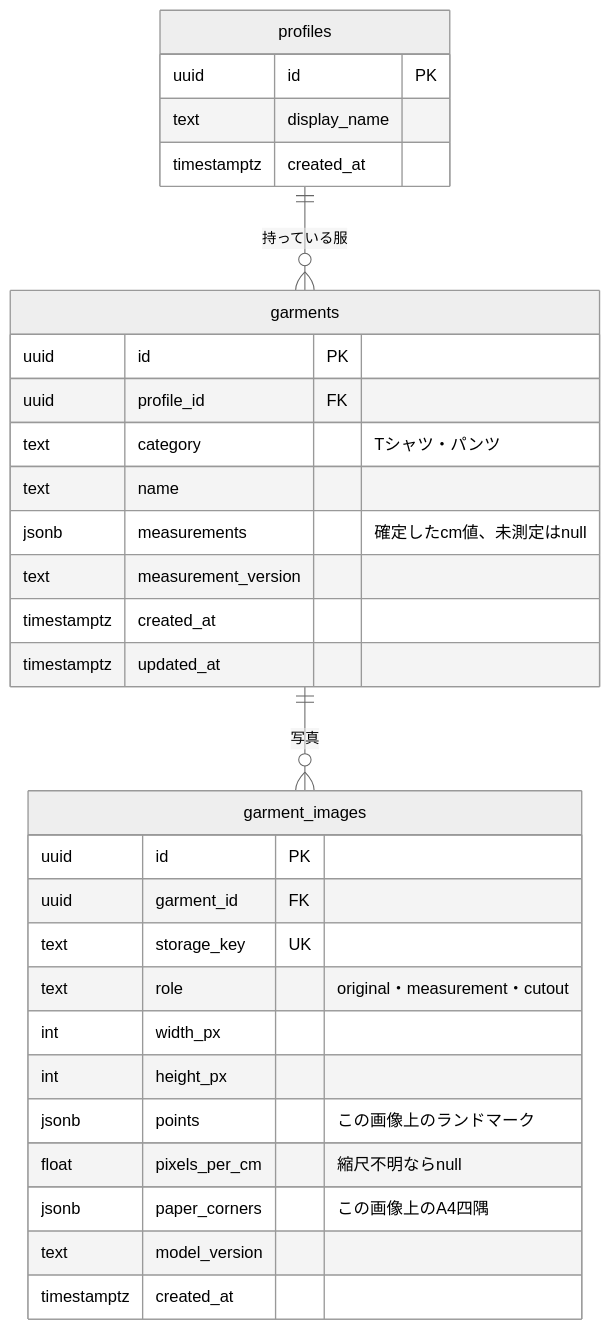
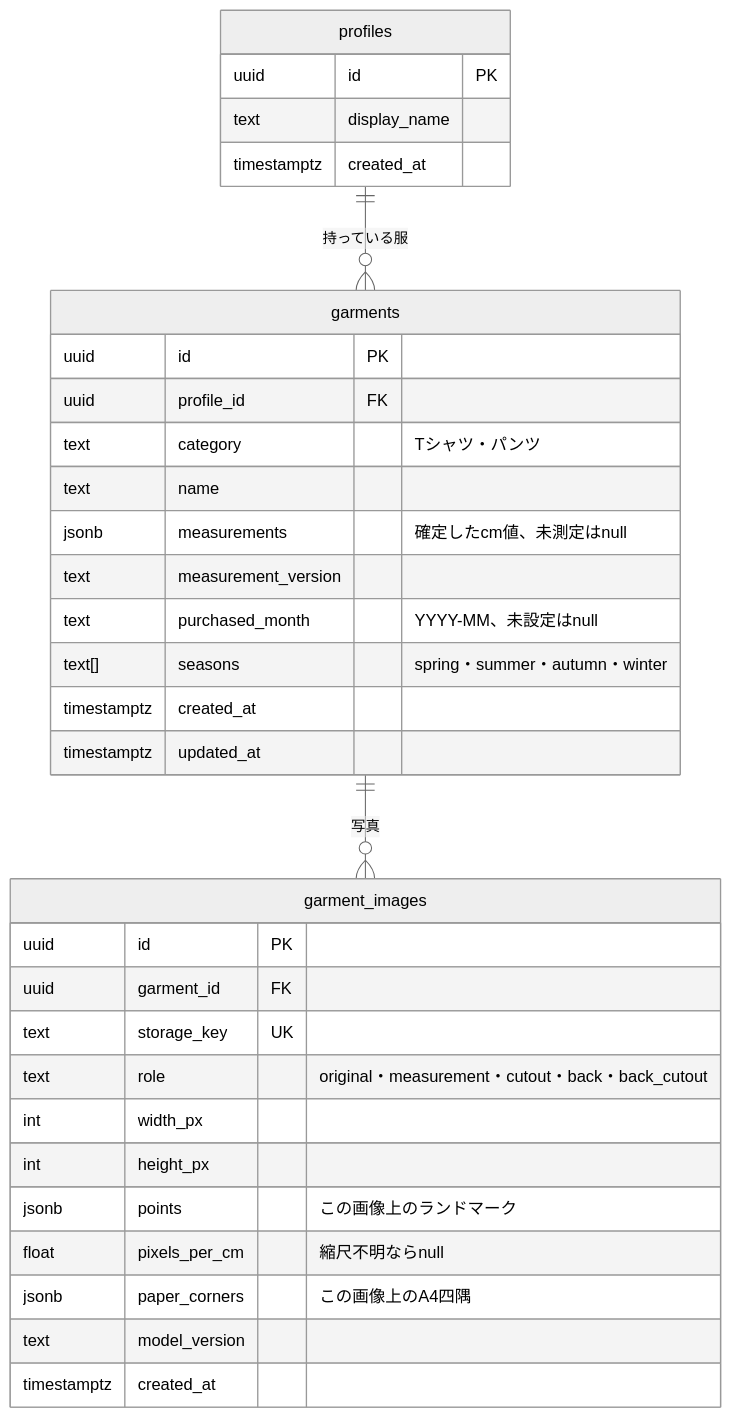
One commit to jphacks/tka_2617 changed the diagram in docs/er.md. Above: the diagram before and after it, drawn with Mermaid (neutral theme). The commit also changed other lines of this file and 1 other file, not shown here.

Commit message:
feat(db): 服の裏面の写真のroleと、購入時期・季節の列を足す
- garment_imagesのroleにback・back_cutoutを加える。裏面は表とは別のroleで持ち、一覧には出さない
- garmentsに購入時期（年月のみのpurchased_month）と着る季節（seasons）を加える
- ER図に新しい列とroleを反映する

````diff
--- a/docs/er.md
+++ b/docs/er.md
@@ -5,33 +5,35 @@
 ```mermaid
 erDiagram
   profiles ||--o{ garments : "持っている服"
   garments ||--o{ garment_images : "写真"
   profiles {
     uuid id PK
     text display_name
     timestamptz created_at
   }
   garments {
     uuid id PK
     uuid profile_id FK
     text category "Tシャツ・パンツ"
     text name
     jsonb measurements "確定したcm値、未測定はnull"
     text measurement_version
+    text purchased_month "YYYY-MM、未設定はnull"
+    text[] seasons "spring・summer・autumn・winter"
     timestamptz created_at
     timestamptz updated_at
   }
   garment_images {
     uuid id PK
     uuid garment_id FK
     text storage_key UK
-    text role "original・measurement・cutout"
+    text role "original・measurement・cutout・back・back_cutout"
     int width_px
     int height_px
     jsonb points "この画像上のランドマーク"
     float pixels_per_cm "縮尺不明ならnull"
     jsonb paper_corners "この画像上のA4四隅"
     text model_version
     timestamptz created_at
   }
 ```
````
